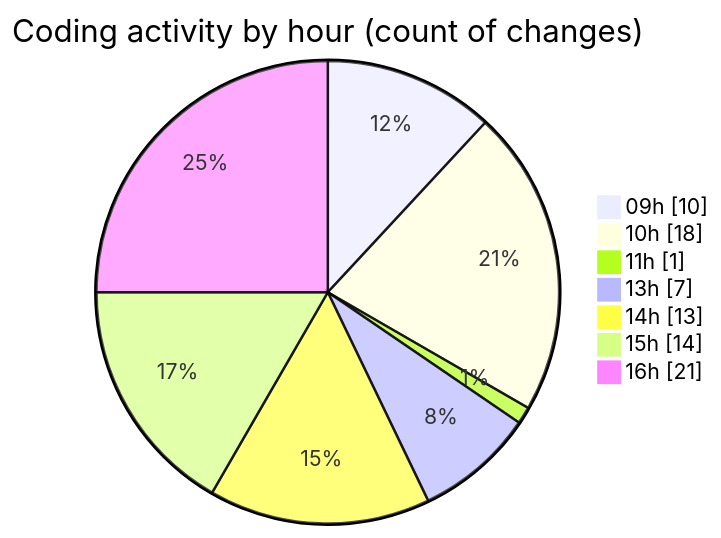
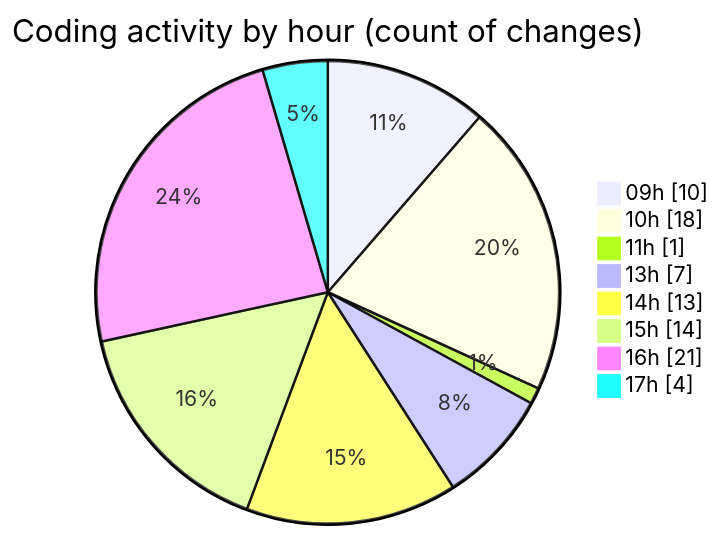
One commit to nxtqubesakshisongat/code-tracking changed the second of 2 diagrams in 2026-04-06/airfeed-analytics-dashboard/README.md. Above: the diagram before and after it, drawn with Mermaid. The commit also changed other lines of this file and 1 other file, not shown here.

````diff
--- a/2026-04-06/airfeed-analytics-dashboard/README.md
+++ b/2026-04-06/airfeed-analytics-dashboard/README.md
@@ -51,11 +53,12 @@
 ```mermaid
 pie showData
 title Coding activity by hour (count of changes)
 "09h" : 10
 "10h" : 18
 "11h" : 1
 "13h" : 7
 "14h" : 13
 "15h" : 14
 "16h" : 21
+"17h" : 4
 ```
````
